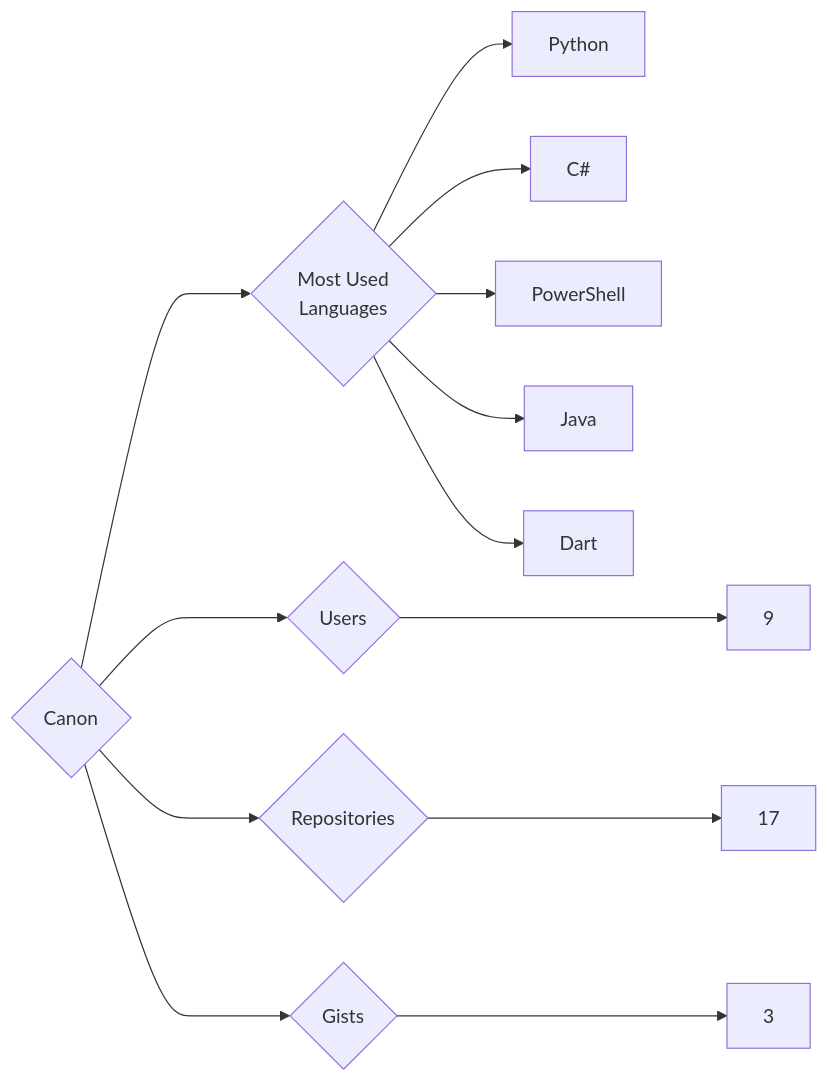
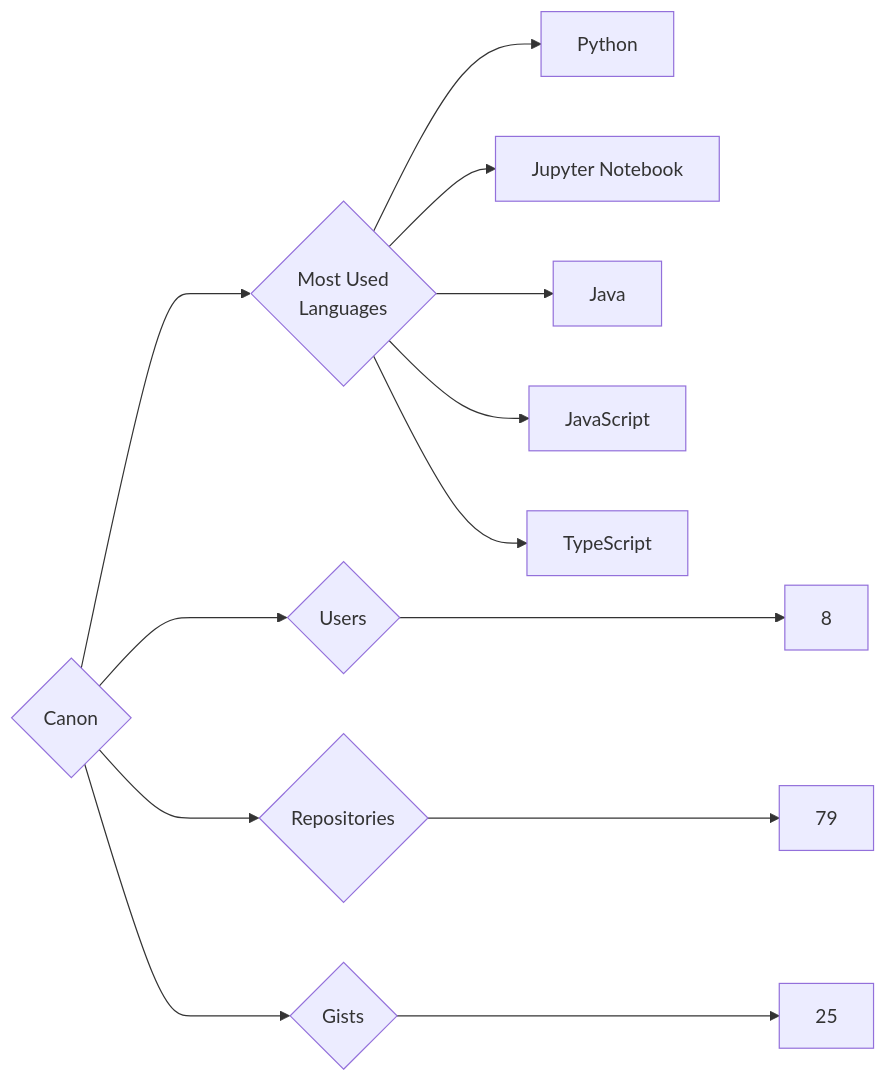
The diagram in targets/Canon/README.md (trickest/insiders), drawn with Mermaid before and after one commit. The commit also changed 935 other files, not shown here.

````diff
--- a/targets/Canon/README.md
+++ b/targets/Canon/README.md
@@ -3,13 +3,13 @@
 ```mermaid
 graph LR
 COMPANY_NAME{Canon}
-COMPANY_NAME ---> U{Users} ---> UN[9]
-COMPANY_NAME ---> R{Repositories} ---> RN[17]
-COMPANY_NAME ---> G{Gists} ---> GN[3]
+COMPANY_NAME ---> U{Users} ---> UN[8]
+COMPANY_NAME ---> R{Repositories} ---> RN[79]
+COMPANY_NAME ---> G{Gists} ---> GN[25]
 COMPANY_NAME ---> ML{Most Used<br>Languages}
 ML --> Python[Python]
-ML --> C#[C#]
-ML --> PowerShell[PowerShell]
+ML --> Jupyter_Notebook[Jupyter Notebook]
 ML --> Java[Java]
-ML --> Dart[Dart]
+ML --> JavaScript[JavaScript]
+ML --> TypeScript[TypeScript]
 ```
````
